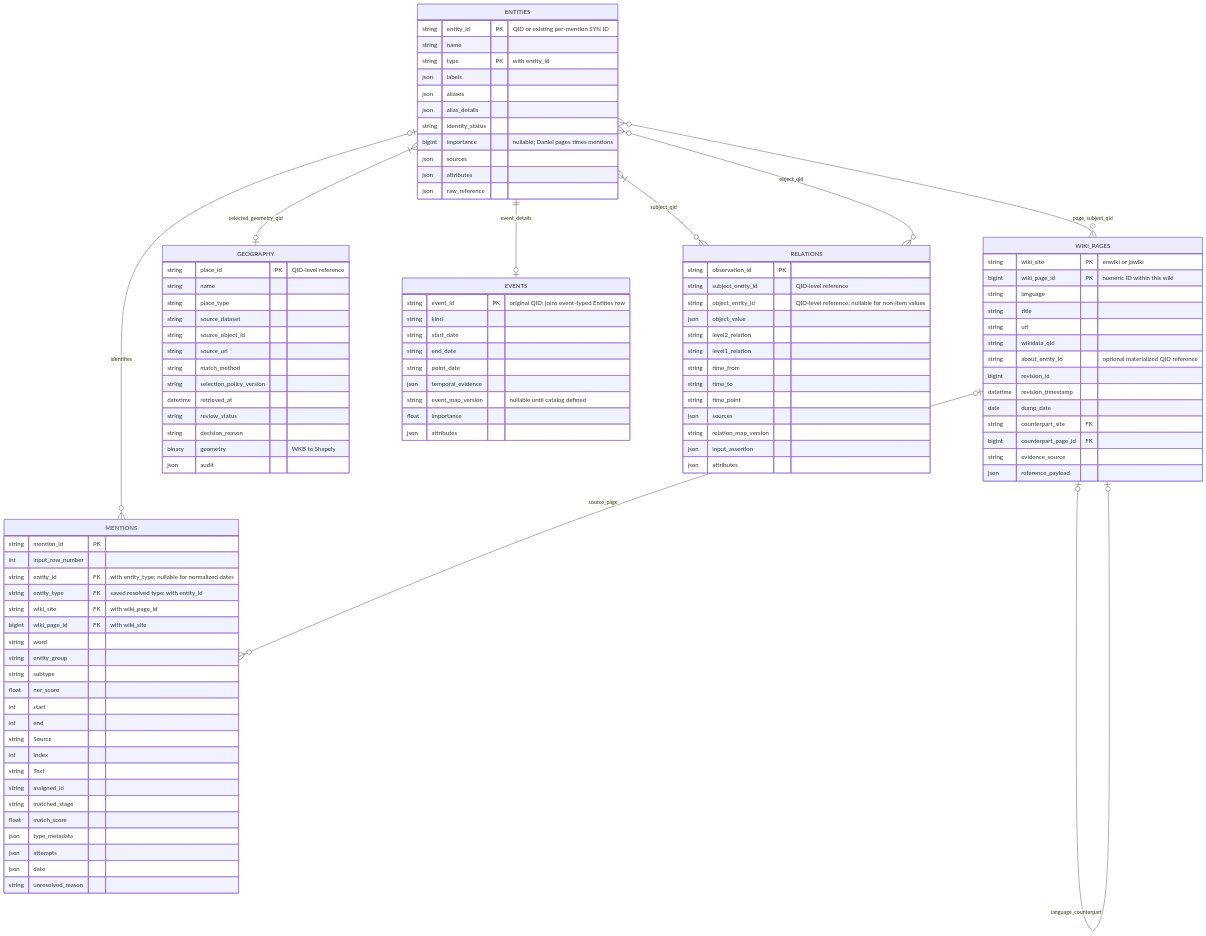
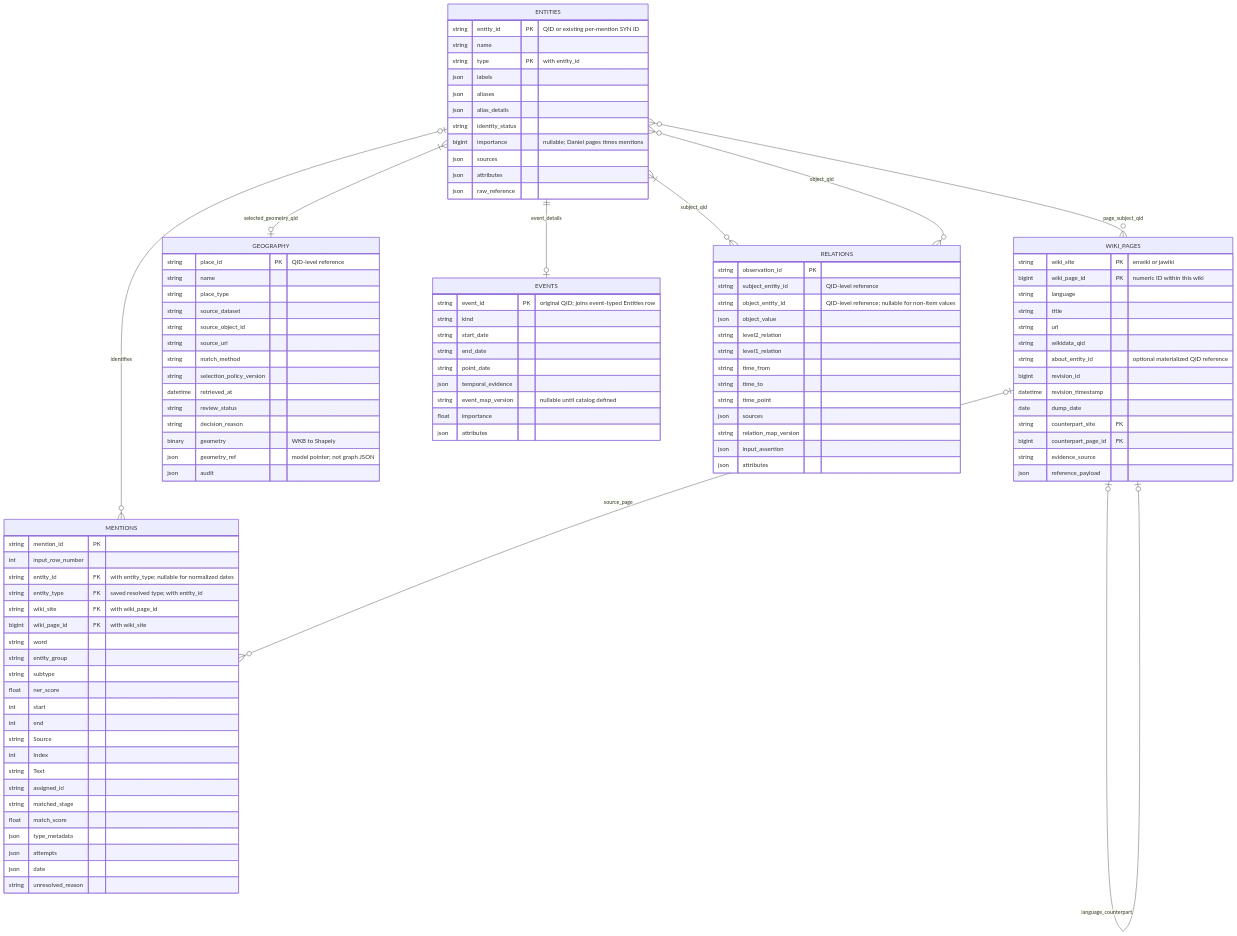
Before and after one commit to YehudRaanan/Corpus2GeoRAG_Pacific: the diagram in docs/ENTITY_DATA_MODEL_ERD.md, drawn with Mermaid. The commit also changed other lines of this file and 8 other files, not shown here.

Commit message:
Correct model geometry pointer and start 10K Geography preflight

```diff
--- a/docs/ENTITY_DATA_MODEL_ERD.md
+++ b/docs/ENTITY_DATA_MODEL_ERD.md
@@ -93,6 +95,7 @@
         string review_status
         string decision_reason
         binary geometry "WKB to Shapely"
+        json geometry_ref "model pointer; not graph JSON"
         json audit
     }
     EVENTS {
```
